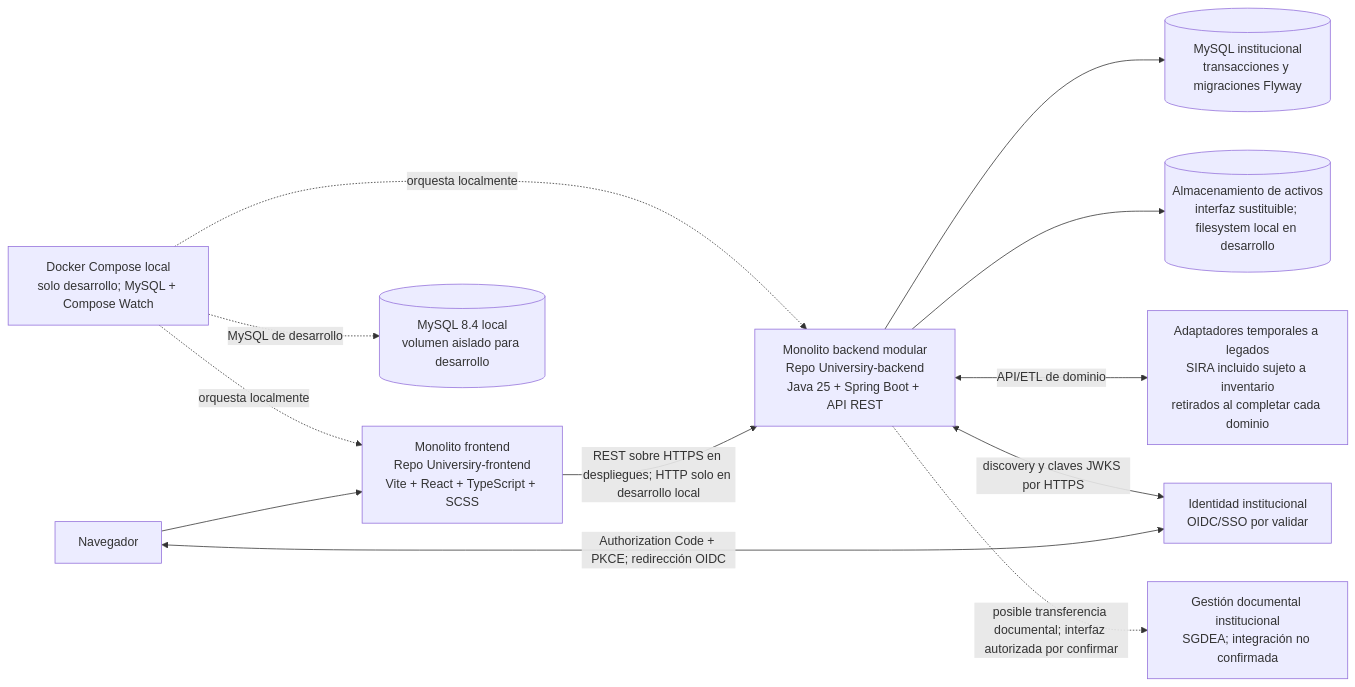
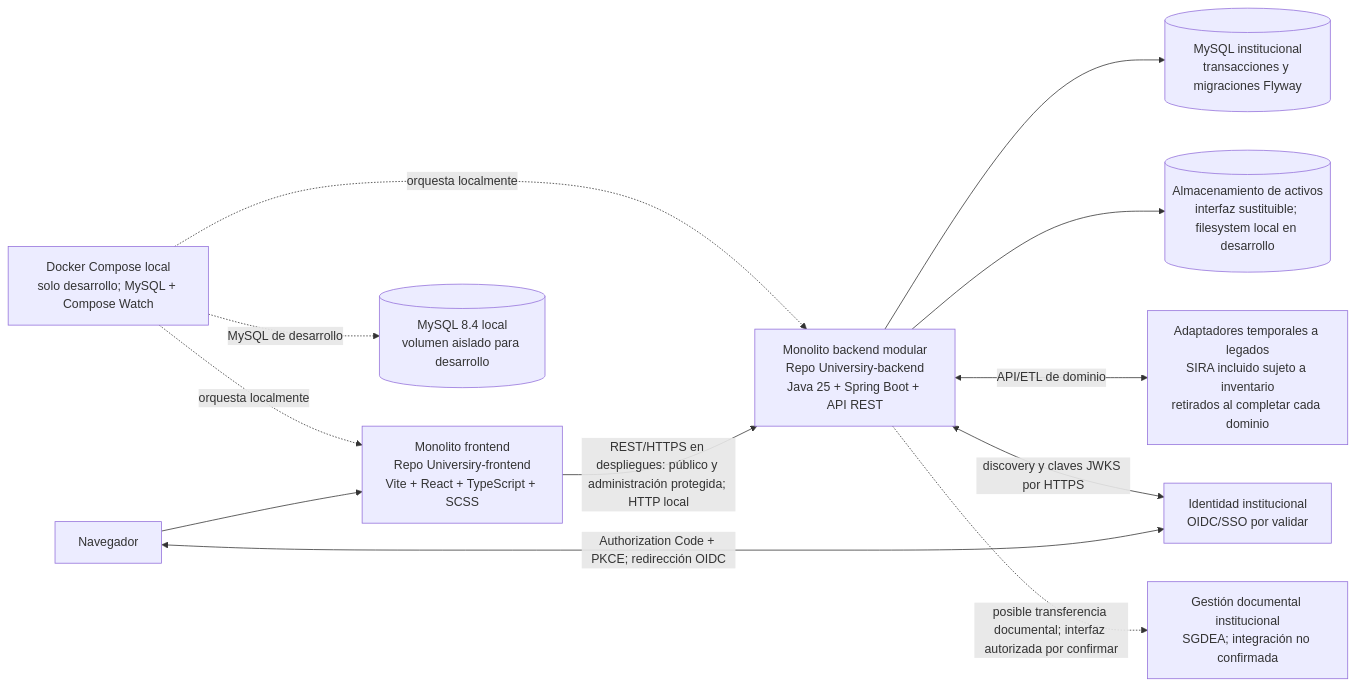
The second of 3 diagrams in docs/architecture/c4.md (jdsalasca/open-university-backend), drawn with Mermaid before and after one commit. The commit also changed other lines of this file and 3 other files, not shown here.

````diff
--- a/docs/architecture/c4.md
+++ b/docs/architecture/c4.md
@@ -44,25 +44,25 @@
 ```mermaid
 flowchart LR
   Browser[Navegador]
   Frontend[Monolito frontend\nRepo Universiry-frontend\nVite + React + TypeScript + SCSS]
   Backend[Monolito backend modular\nRepo Universiry-backend\nJava 25 + Spring Boot + API REST]
   DB[(MySQL institucional\ntransacciones y migraciones Flyway)]
   DevDB[(MySQL 8.4 local\nvolumen aislado para desarrollo)]
   Assets[(Almacenamiento de activos\ninterfaz sustituible; filesystem local en desarrollo)]
   IdP[Identidad institucional\nOIDC/SSO por validar]
   Legacy[Adaptadores temporales a legados\nSIRA incluido sujeto a inventario\nretirados al completar cada dominio]
   SGDEA[Gestión documental institucional\nSGDEA; integración no confirmada]
   DevCompose[Docker Compose local\nsolo desarrollo; MySQL + Compose Watch]
 
   Browser --> Frontend
-  Frontend -->|REST sobre HTTPS en despliegues; HTTP solo en desarrollo local| Backend
+  Frontend -->|REST/HTTPS en despliegues: público y administración protegida; HTTP local| Backend
   Browser <-->|Authorization Code + PKCE; redirección OIDC| IdP
   Backend --> DB
   Backend --> Assets
   Backend <-->|discovery y claves JWKS por HTTPS| IdP
   Backend <-->|API/ETL de dominio| Legacy
   Backend -.->|posible transferencia documental; interfaz autorizada por confirmar| SGDEA
   DevCompose -. orquesta localmente .-> Frontend
   DevCompose -. orquesta localmente .-> Backend
   DevCompose -. MySQL de desarrollo .-> DevDB
 ```
````
